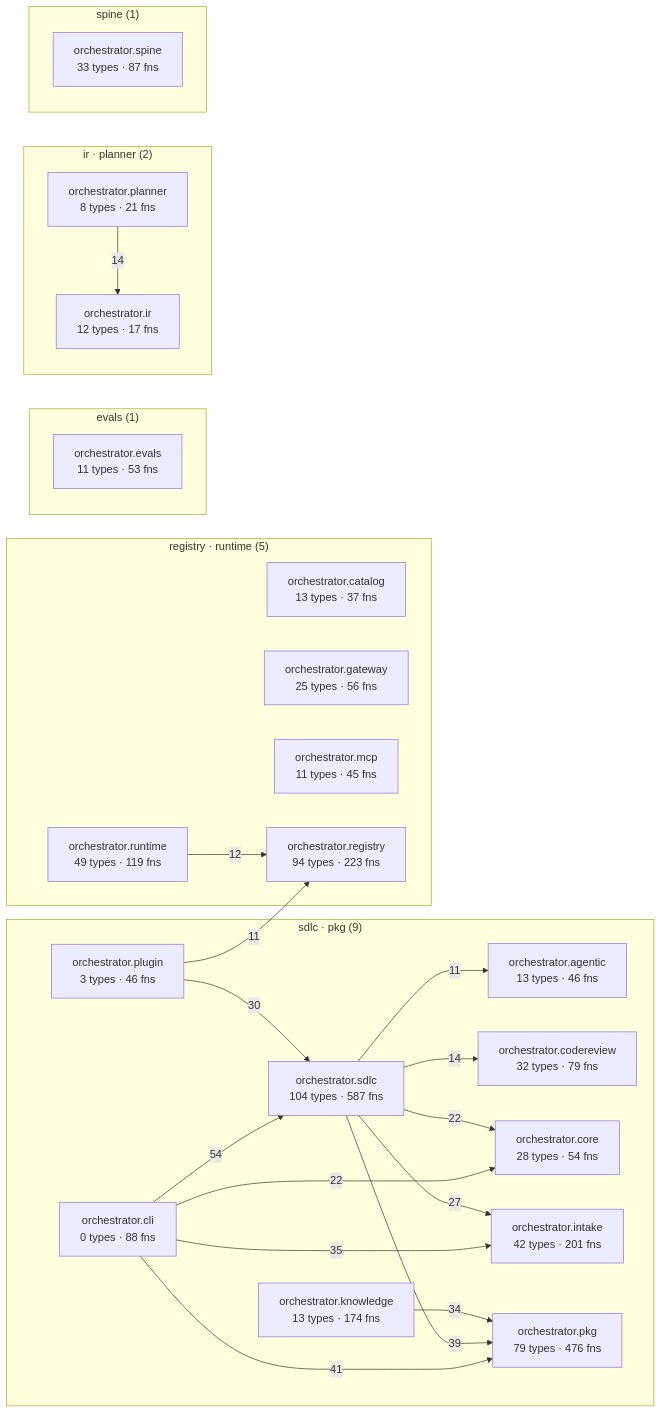
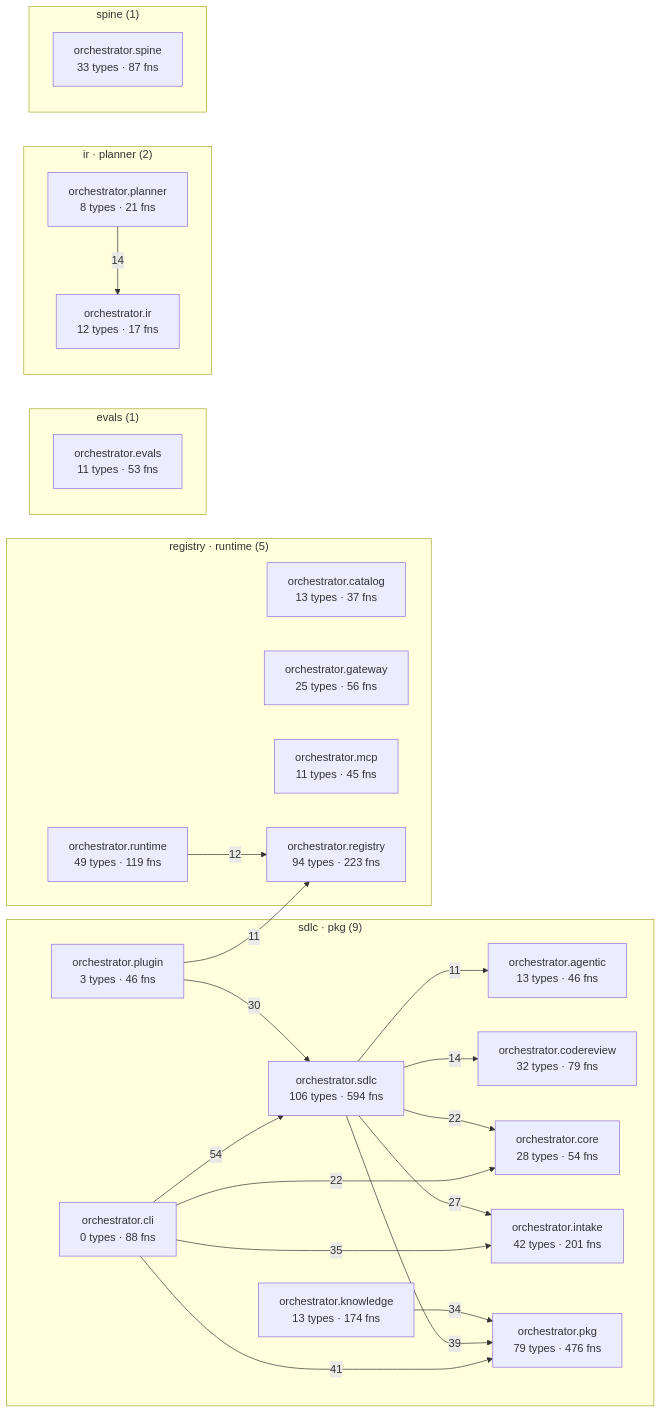
The diagram in episteme/architecture.md (synaptixs/spine), drawn with Mermaid before and after one commit. The commit also changed other lines of this file and 34 other files, not shown here.

````diff
--- a/episteme/architecture.md
+++ b/episteme/architecture.md
@@ -54,45 +54,45 @@
 ```mermaid
 flowchart LR
   subgraph c_1["sdlc · pkg (9)"]
     aorchestratoragentic["orchestrator.agentic<br/>13 types · 46 fns"]
     aorchestratorcli["orchestrator.cli<br/>0 types · 88 fns"]
     aorchestratorcodereview["orchestrator.codereview<br/>32 types · 79 fns"]
     aorchestratorcore["orchestrator.core<br/>28 types · 54 fns"]
     aorchestratorintake["orchestrator.intake<br/>42 types · 201 fns"]
     aorchestratorknowledge["orchestrator.knowledge<br/>13 types · 174 fns"]
     aorchestratorpkg["orchestrator.pkg<br/>79 types · 476 fns"]
     aorchestratorplugin["orchestrator.plugin<br/>3 types · 46 fns"]
-    aorchestratorsdlc["orchestrator.sdlc<br/>104 types · 587 fns"]
+    aorchestratorsdlc["orchestrator.sdlc<br/>106 types · 594 fns"]
   end
   subgraph c_3["registry · runtime (5)"]
     aorchestratorcatalog["orchestrator.catalog<br/>13 types · 37 fns"]
     aorchestratorgateway["orchestrator.gateway<br/>25 types · 56 fns"]
     aorchestratormcp["orchestrator.mcp<br/>11 types · 45 fns"]
     aorchestratorregistry["orchestrator.registry<br/>94 types · 223 fns"]
     aorchestratorruntime["orchestrator.runtime<br/>49 types · 119 fns"]
   end
   subgraph c_5["evals (1)"]
     aorchestratorevals["orchestrator.evals<br/>11 types · 53 fns"]
   end
   subgraph c_7["ir · planner (2)"]
     aorchestratorir["orchestrator.ir<br/>12 types · 17 fns"]
     aorchestratorplanner["orchestrator.planner<br/>8 types · 21 fns"]
   end
   subgraph c_10["spine (1)"]
     aorchestratorspine["orchestrator.spine<br/>33 types · 87 fns"]
   end
   aorchestratorcli -->|54| aorchestratorsdlc
   aorchestratorcli -->|41| aorchestratorpkg
   aorchestratorsdlc -->|39| aorchestratorpkg
   aorchestratorcli -->|35| aorchestratorintake
   aorchestratorknowledge -->|34| aorchestratorpkg
   aorchestratorplugin -->|30| aorchestratorsdlc
   aorchestratorsdlc -->|27| aorchestratorintake
   aorchestratorcli -->|22| aorchestratorcore
   aorchestratorsdlc -->|22| aorchestratorcore
   aorchestratorplanner -->|14| aorchestratorir
   aorchestratorsdlc -->|14| aorchestratorcodereview
   aorchestratorruntime -->|12| aorchestratorregistry
   aorchestratorplugin -->|11| aorchestratorregistry
   aorchestratorsdlc -->|11| aorchestratoragentic
 ```
````
